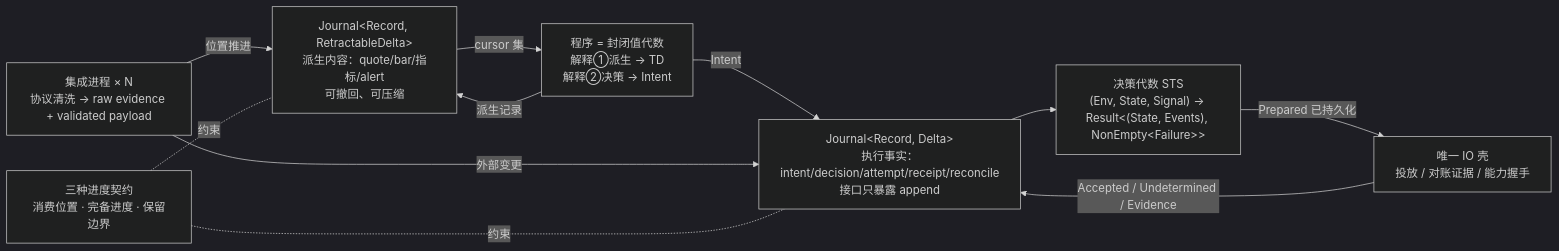
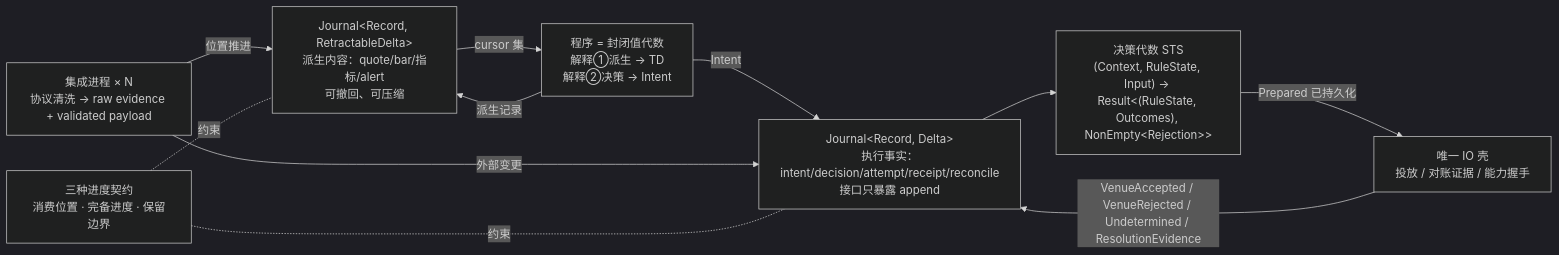
One commit to mouriya-s-lab/OpenAlice changed the diagram in plans/uta-refactor/design/uta-core-design.md. Above: the diagram before and after it, drawn with Mermaid (dark theme). The commit also changed other lines of this file, not shown here.

````diff
--- a/plans/uta-refactor/design/uta-core-design.md
+++ b/plans/uta-refactor/design/uta-core-design.md
@@ -31,20 +31,20 @@
 ```mermaid
 flowchart LR
   INT["集成进程 × N<br/>协议清洗 → raw evidence + validated payload"]
   TD["Journal&lt;Record, RetractableDelta&gt;<br/>派生内容：quote/bar/指标/alert<br/>可撤回、可压缩"]
   TE["Journal&lt;Record, Delta&gt;<br/>执行事实：intent/decision/attempt/receipt/reconcile<br/>接口只暴露 append"]
-  STS["决策代数 STS<br/>(Env, State, Signal) → Result&lt;(State, Events), NonEmpty&lt;Failure&gt;&gt;"]
+  STS["决策代数 STS<br/>(Context, RuleState, Input) → Result&lt;(RuleState, Outcomes), NonEmpty&lt;Rejection&gt;&gt;"]
   PROG["程序 = 封闭值代数<br/>解释①派生 → TD<br/>解释②决策 → Intent"]
   IO["唯一 IO 壳<br/>投放 / 对账证据 / 能力握手"]
   FR["三种进度契约<br/>消费位置 · 完备进度 · 保留边界"]
   INT -->|位置推进| TD
   TD -->|cursor 集| PROG
   PROG -->|派生记录| TD
   PROG -->|Intent| TE
   TE --> STS
   STS -->|Prepared 已持久化| IO
-  IO -->|Accepted / Undetermined / Evidence| TE
+  IO -->|VenueAccepted / VenueRejected / Undetermined / ResolutionEvidence| TE
   INT -->|外部变更| TE
   FR -.约束.- TD
   FR -.约束.- TE
 ```
````
